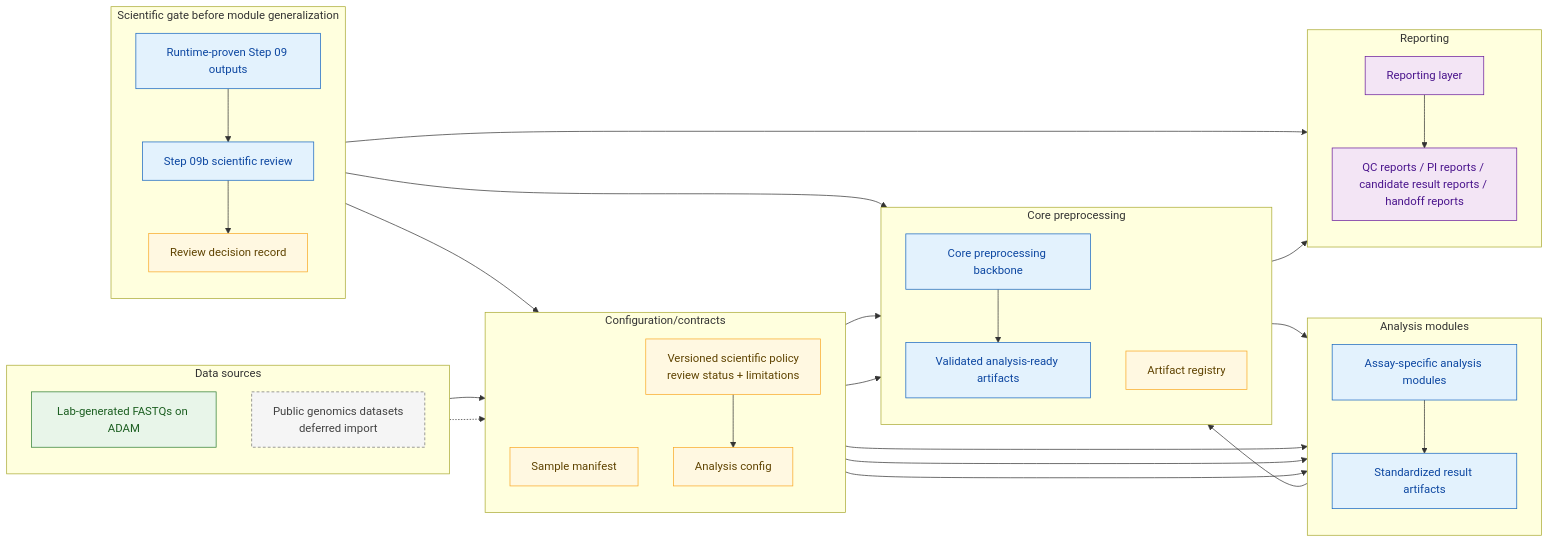
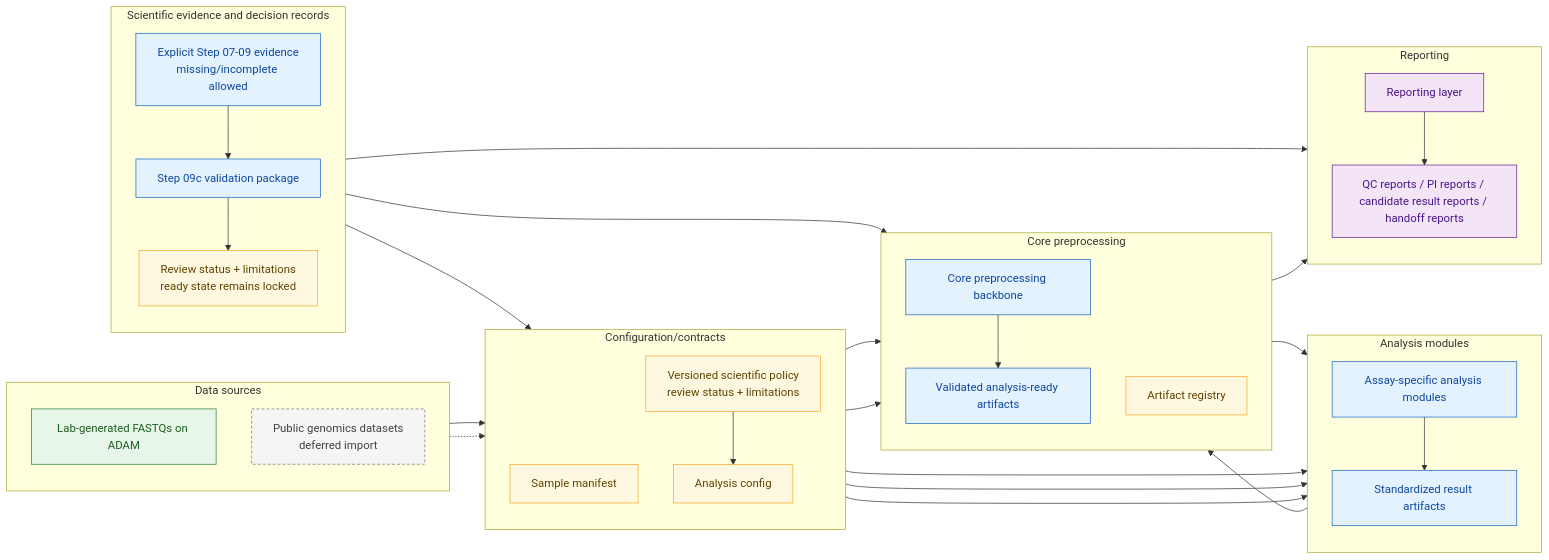
Before and after one commit to lab-cats/EMRYS: the second of 4 diagrams in docs/architecture/FUTURE_ARCHITECTURE.md, drawn with Mermaid. The commit also changed other lines of this file and 18 other files, not shown here.

````diff
--- a/docs/architecture/FUTURE_ARCHITECTURE.md
+++ b/docs/architecture/FUTURE_ARCHITECTURE.md
@@ -70,68 +102,68 @@
 ```mermaid
 flowchart LR
     classDef current fill:#e8f5e9,stroke:#2e7d32,color:#1b5e20
     classDef future fill:#e3f2fd,stroke:#1565c0,color:#0d47a1
     classDef deferred fill:#f5f5f5,stroke:#757575,color:#424242,stroke-dasharray:4 3
     classDef contract fill:#fff8e1,stroke:#f9a825,color:#5f4300
     classDef reporting fill:#f3e5f5,stroke:#6a1b9a,color:#4a148c
 
     subgraph sources["Data sources"]
         direction TB
         lab["Lab-generated FASTQs on ADAM"]
         public["Public genomics datasets<br/>deferred import"]
     end
 
     subgraph contracts["Configuration/contracts"]
         direction TB
         manifest["Sample manifest"]
         config["Analysis config"]
         policy_record["Versioned scientific policy<br/>review status + limitations"]
     end
 
     subgraph core["Core preprocessing"]
         direction TB
         backbone["Core preprocessing backbone"]
         ready["Validated analysis-ready artifacts"]
         registry["Artifact registry"]
     end
 
     subgraph modules["Analysis modules"]
         direction TB
         assays["Assay-specific analysis modules"]
         results["Standardized result artifacts"]
     end
 
-    subgraph science["Scientific gate before module generalization"]
+    subgraph science["Scientific evidence and decision records"]
         direction TB
-        proven09["Runtime-proven Step 09 outputs"]
-        science_review["Step 09b scientific review"]
-        decision_record["Review decision record"]
+        declared09["Explicit Step 07-09 evidence<br/>missing/incomplete allowed"]
+        science_review["Step 09c validation package"]
+        decision_record["Review status + limitations<br/>ready state remains locked"]
     end
 
     subgraph reports["Reporting"]
         direction TB
         report_layer["Reporting layer"]
         outputs["QC reports / PI reports / candidate result reports / handoff reports"]
     end
 
     lab --> manifest
     public -.-> manifest
     manifest --> backbone
     config --> backbone
     manifest --> assays
     config --> assays
     policy_record --> config
     policy_record --> assays
     backbone --> ready --> assays --> results --> registry --> report_layer --> outputs
-    proven09 --> science_review --> decision_record --> policy_record
-    proven09 --> registry
+    declared09 --> science_review --> decision_record --> policy_record
+    declared09 --> registry
     decision_record --> report_layer
 
     class lab current
     class public deferred
     class manifest,config,policy_record,decision_record contract
     class backbone,ready future
     class registry contract
-    class assays,results,proven09,science_review future
+    class assays,results,declared09,science_review future
     class report_layer,outputs reporting
 ```
````
